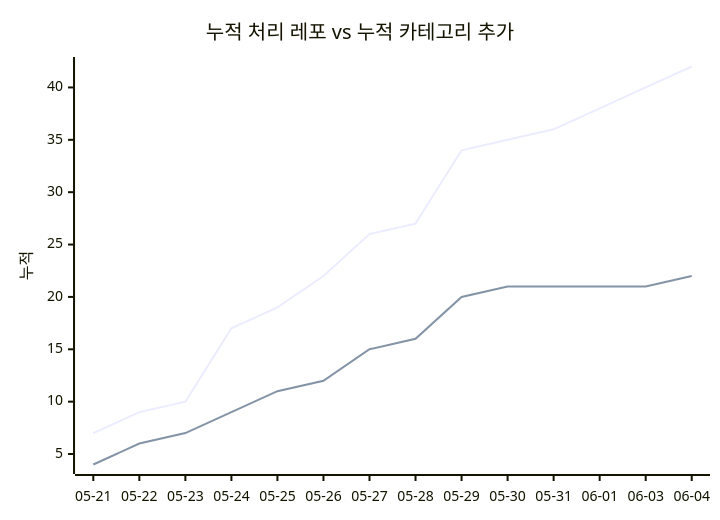
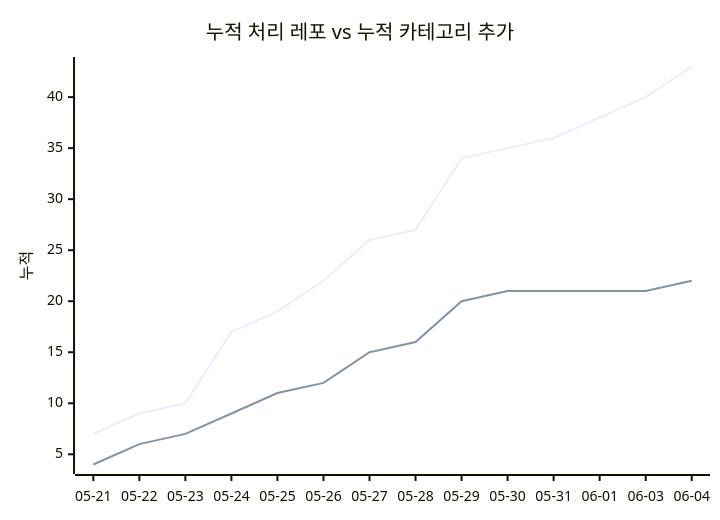
One commit to J-nowcow/awesome-korean-agent-skills changed the second of 2 diagrams in docs/trends.md. Above: the diagram before and after it, drawn with Mermaid. The commit also changed other lines of this file and 2 other files, not shown here.

````diff
--- a/docs/trends.md
+++ b/docs/trends.md
@@ -68,8 +68,8 @@
 ```mermaid
 xychart-beta
     title "누적 처리 레포 vs 누적 카테고리 추가"
     x-axis ["05-21","05-22","05-23","05-24","05-25","05-26","05-27","05-28","05-29","05-30","05-31","06-01","06-03","06-04"]
     y-axis "누적"
-    line [7,9,10,17,19,22,26,27,34,35,36,38,40,42]
+    line [7,9,10,17,19,22,26,27,34,35,36,38,40,43]
     line [4,6,7,9,11,12,15,16,20,21,21,21,21,22]
 ```
````
